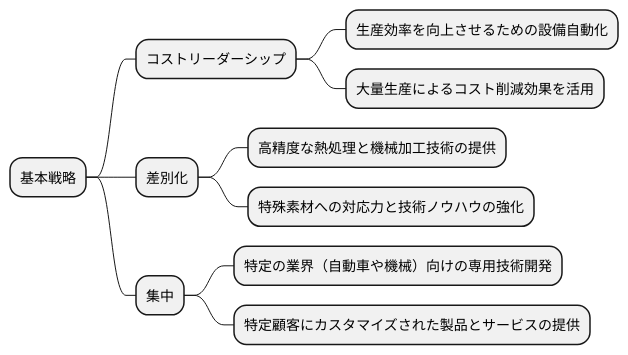
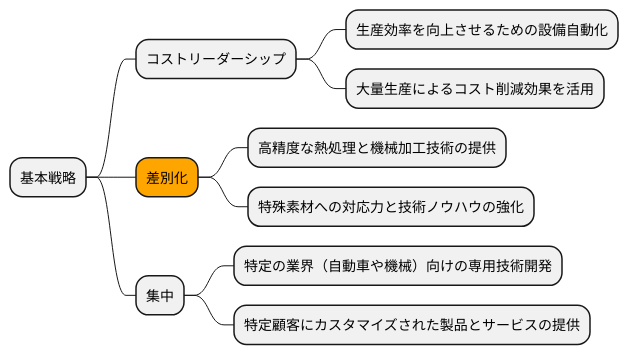
The eighth of 16 diagrams in docs/case/r01_case_3.adoc (k2works/case-sutudy-business-analysis), drawn with PlantUML before and after one commit. The commit also changed other lines of this file, not shown here.

```diff
--- a/docs/case/r01_case_3.adoc
+++ b/docs/case/r01_case_3.adoc
@@ -286,17 +320,17 @@
 [plantuml]
 ----
 @startmindmap
 
 * 基本戦略
 ** コストリーダーシップ
 *** 生産効率を向上させるための設備自動化
 *** 大量生産によるコスト削減効果を活用
-** 差別化
+**[#orange] 差別化
 *** 高精度な熱処理と機械加工技術の提供
 *** 特殊素材への対応力と技術ノウハウの強化
 ** 集中
 *** 特定の業界（自動車や機械）向けの専用技術開発
 *** 特定顧客にカスタマイズされた製品とサービスの提供
 
 @endmindmapp
 ----
```
